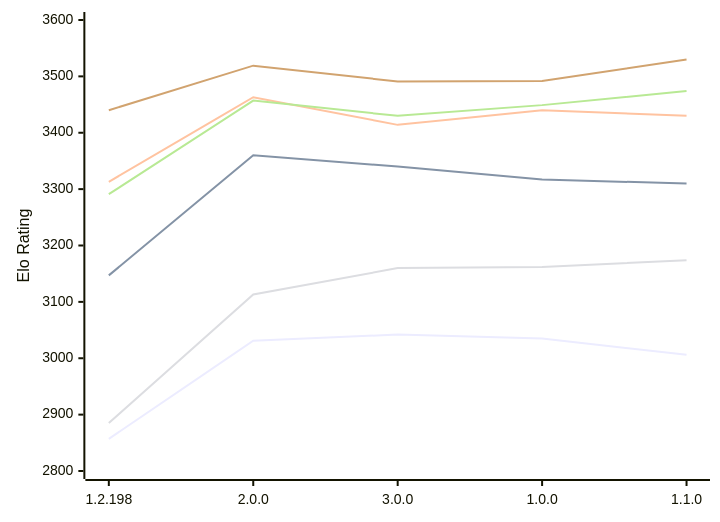
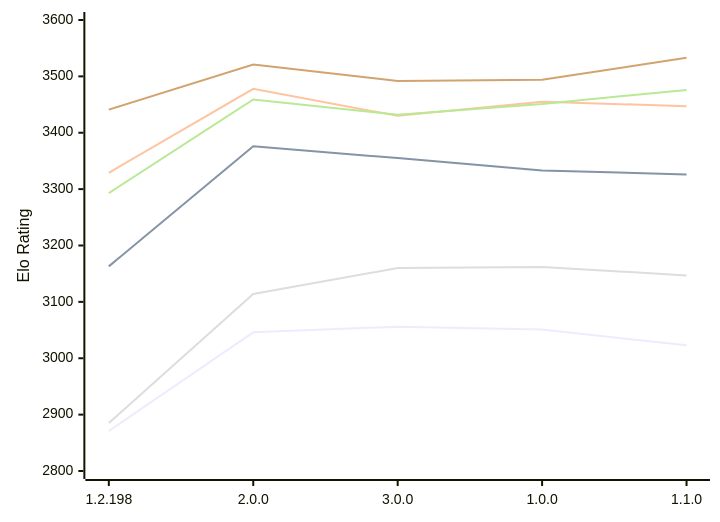
One commit to computer-chess-index/cci changed the diagram in engines/Trebuchet.md. Above: the diagram before and after it, drawn with Mermaid. The commit also changed other lines of this file, not shown here.

Commit message:
Update CCI Ratings (ELO VLTC) - 2026-11-11

````diff
--- a/engines/Trebuchet.md
+++ b/engines/Trebuchet.md
@@ -55,12 +55,12 @@
 ```mermaid
 %%{init: {"theme":"base","themeVariables":{"seriesColors:['#a3a3a3','#222221','#faa371']}}}%%
 xychart-beta
   x-axis ["1.2.198", "2.0.0", "3.0.0", "1.0.0", "1.1.0"]
   y-axis "Elo Rating" 2800 --> 3600
-  line "E1: STC (8.0+0.08s)" [2857, 3031, 3042, 3035, 3006]
-  line "E1: LTC (60.0+0.60s)" [3147, 3360, 3340, 3317, 3310]
-  line "E1: VLTC (2m24s+1.12s)" [3313, 3463, 3414, 3440, 3430]
-  line "P1: STC (8.0+0.08s)" [2885, 3113, 3160, 3162, 3174]
-  line "P1: LTC (60.0+0.60s)" [3291, 3457, 3430, 3449, 3474]
-  line "P1: VLTC (2m24s+1.12s)" [3440, 3519, 3491, 3492, 3530]
+  line "E1: STC (8.0+0.08s)" [2871, 3046, 3056, 3051, 3023]
+  line "E1: LTC (60.0+0.60s)" [3163, 3376, 3355, 3333, 3326]
+  line "E1: VLTC (2m24s+1.12s)" [3329, 3478, 3430, 3455, 3447]
+  line "P1: STC (8.0+0.08s)" [2885, 3114, 3160, 3162, 3147]
+  line "P1: LTC (60.0+0.60s)" [3293, 3459, 3432, 3451, 3476]
+  line "P1: VLTC (2m24s+1.12s)" [3441, 3521, 3492, 3494, 3533]
 ```
````
